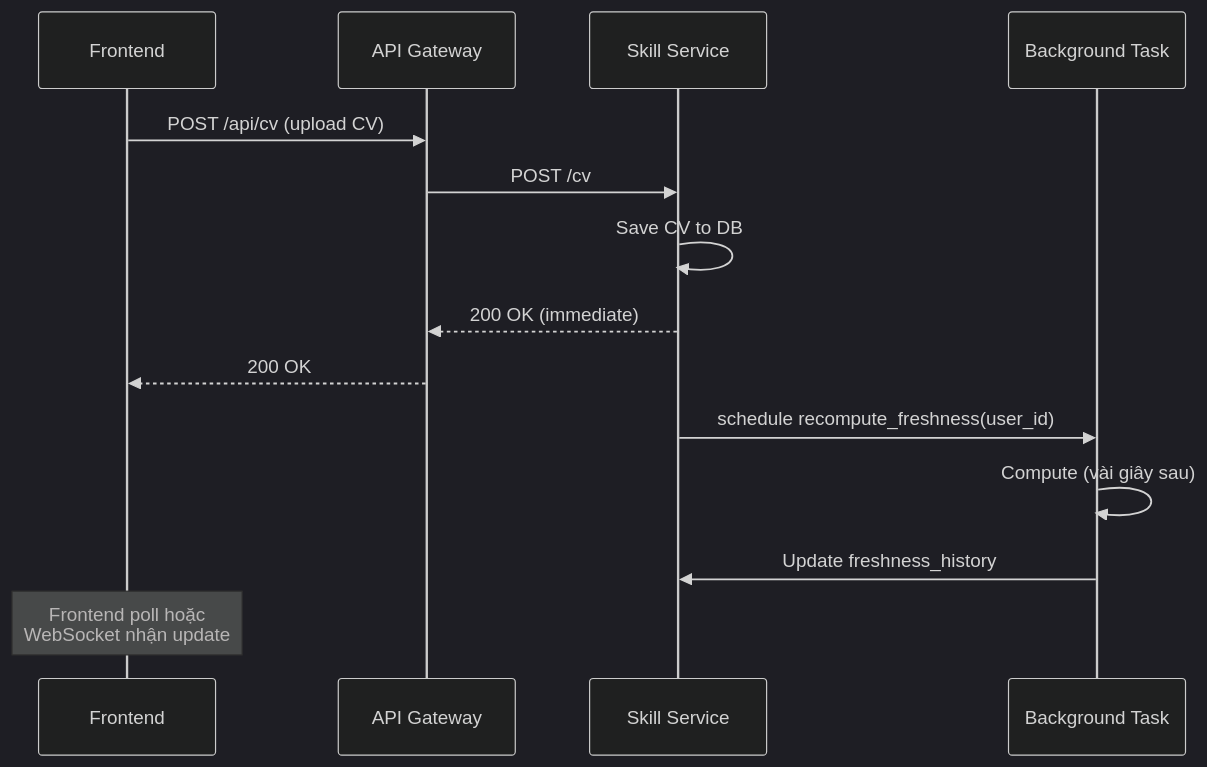
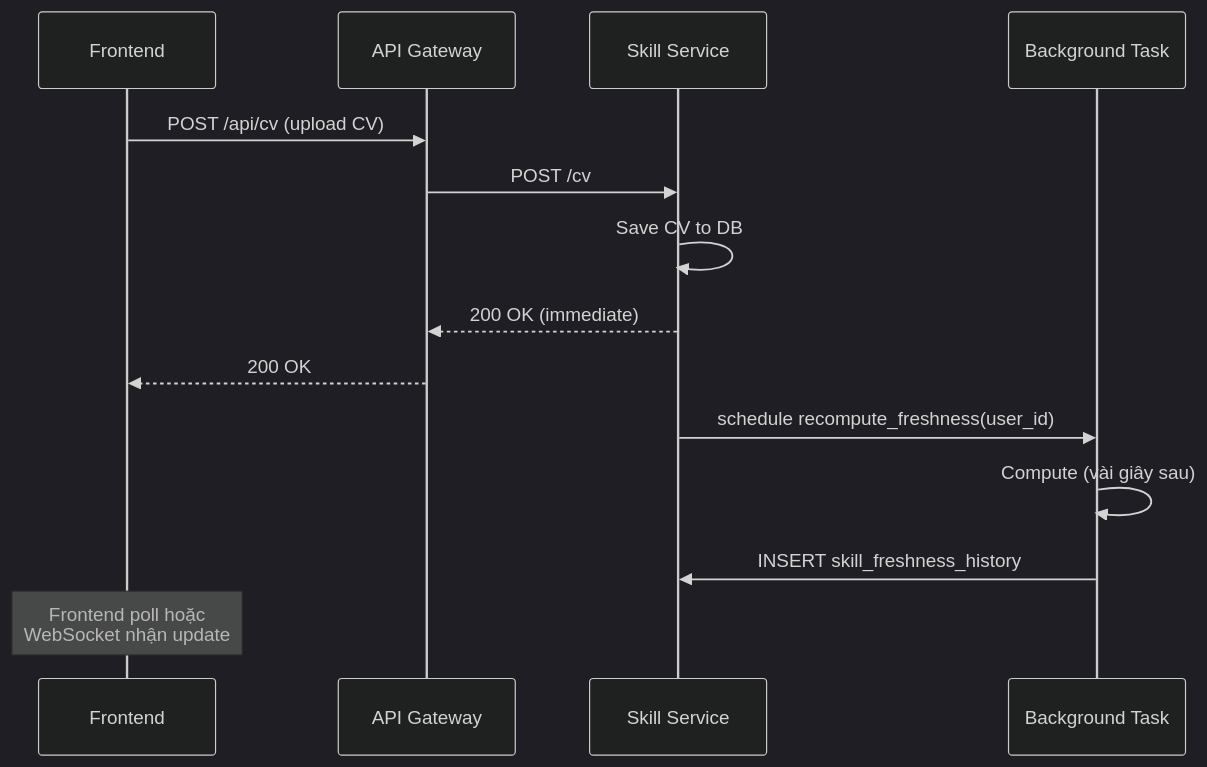
Before and after one commit to dungken/cv-assistant: the third of 3 diagrams in thesis_report/chuong3/3.6_thiet_ke_kien_truc.md, drawn with Mermaid (dark theme). The commit also changed other lines of this file and 15 other files, not shown here.

Commit message:
feat: implement skill freshness engine and learning path optimizer with DP, greedy, and Dijkstra strategies

````diff
--- a/thesis_report/chuong3/3.6_thiet_ke_kien_truc.md
+++ b/thesis_report/chuong3/3.6_thiet_ke_kien_truc.md
@@ -219,17 +226,17 @@
 ```mermaid
 sequenceDiagram
     participant FE as Frontend
     participant GW as API Gateway
     participant SK as Skill Service
     participant BG as Background Task
 
     FE->>GW: POST /api/cv (upload CV)
     GW->>SK: POST /cv
     SK->>SK: Save CV to DB
     SK-->>GW: 200 OK (immediate)
     GW-->>FE: 200 OK
     SK->>BG: schedule recompute_freshness(user_id)
     BG->>BG: Compute (vài giây sau)
-    BG->>SK: Update freshness_history
+    BG->>SK: INSERT skill_freshness_history
     Note over FE: Frontend poll hoặc<br/>WebSocket nhận update
 ```
````
